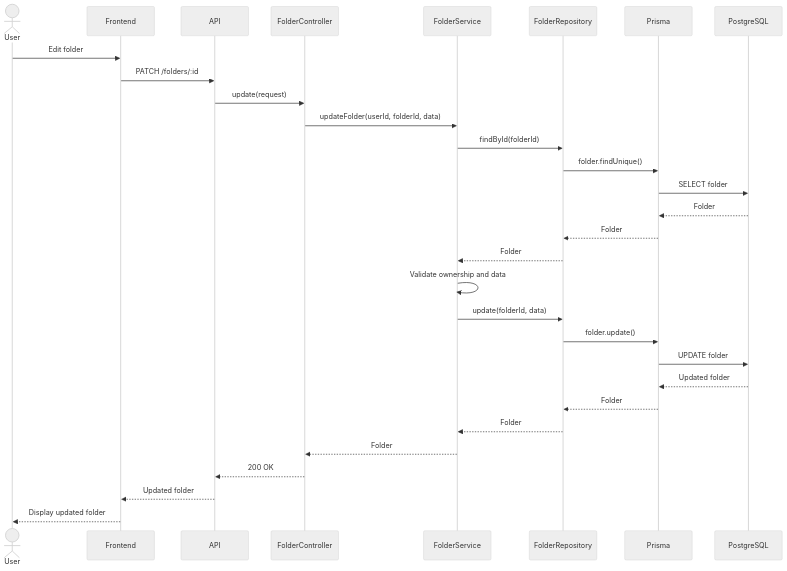
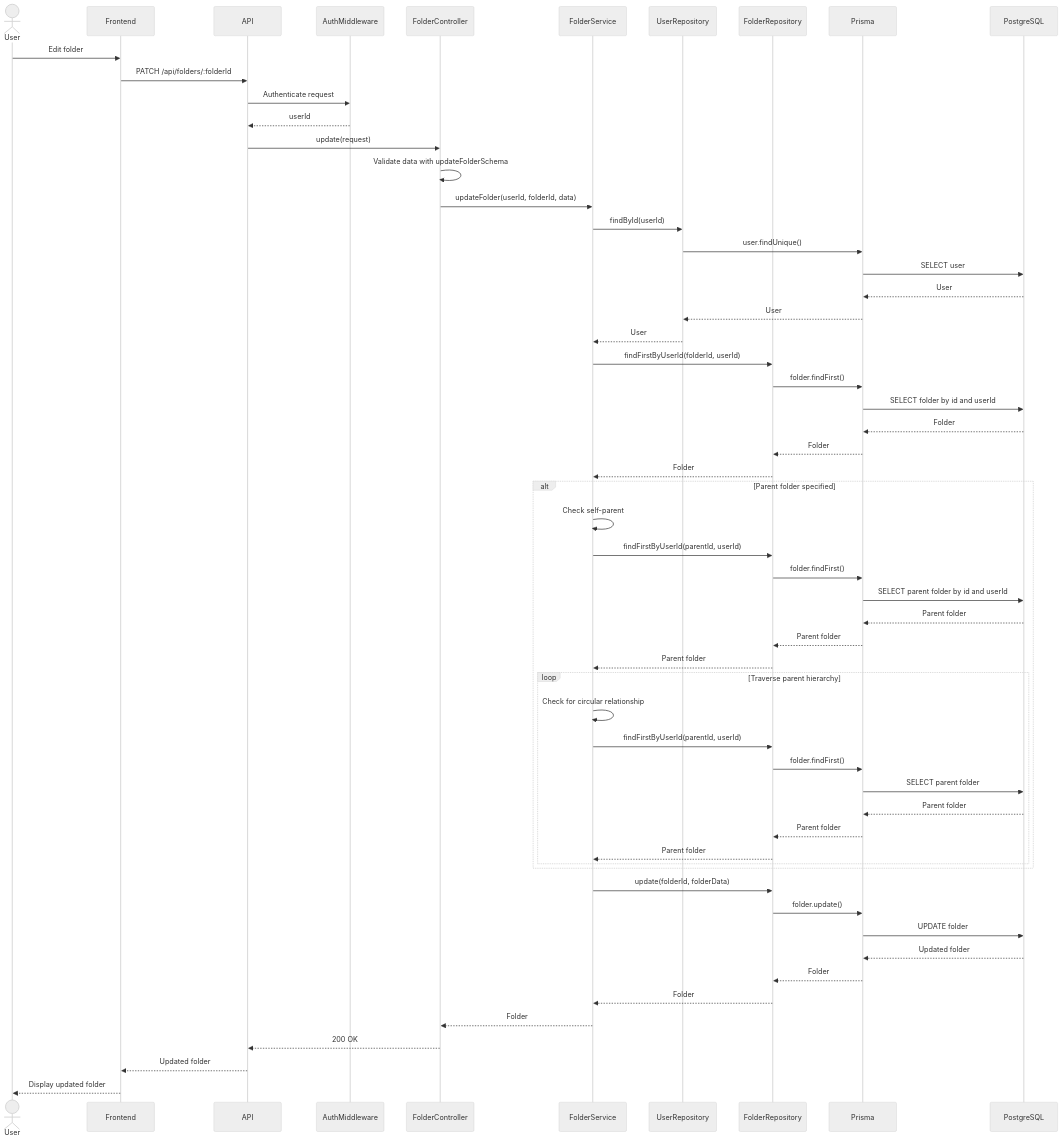
One commit to davihenriquedev1/prodixus changed the diagram in docs/diagrams/sequence-diagrams/folder/update.md. Above: the diagram before and after it, drawn with Mermaid (neutral theme). The commit also changed other lines of this file and 65 other files, not shown here.

````diff
--- a/docs/diagrams/sequence-diagrams/folder/update.md
+++ b/docs/diagrams/sequence-diagrams/folder/update.md
@@ -3,61 +3,66 @@
 ```mermaid
 sequenceDiagram
-
     actor User
-
     participant Frontend
-
     participant API
-
+    participant AuthMiddleware
     participant FolderController
-
     participant FolderService
-
+    participant UserRepository
     participant FolderRepository
-
     participant Prisma
-
     participant PostgreSQL
 
     User->>Frontend: Edit folder
-
-    Frontend->>API: PATCH /folders/:id
-
+    Frontend->>API: PATCH /api/folders/:folderId
+    API->>AuthMiddleware: Authenticate request
+    AuthMiddleware-->>API: userId
     API->>FolderController: update(request)
-
+    FolderController->>FolderController: Validate data with updateFolderSchema
     FolderController->>FolderService: updateFolder(userId, folderId, data)
 
-    FolderService->>FolderRepository: findById(folderId)
+    FolderService->>UserRepository: findById(userId)
+    UserRepository->>Prisma: user.findUnique()
+    Prisma->>PostgreSQL: SELECT user
+    PostgreSQL-->>Prisma: User
+    Prisma-->>UserRepository: User
+    UserRepository-->>FolderService: User
 
-    FolderRepository->>Prisma: folder.findUnique()
-
-    Prisma->>PostgreSQL: SELECT folder
-
+    FolderService->>FolderRepository: findFirstByUserId(folderId, userId)
+    FolderRepository->>Prisma: folder.findFirst()
+    Prisma->>PostgreSQL: SELECT folder by id and userId
     PostgreSQL-->>Prisma: Folder
-
     Prisma-->>FolderRepository: Folder
-
     FolderRepository-->>FolderService: Folder
 
-    FolderService->>FolderService: Validate ownership and data
+    alt Parent folder specified
+        FolderService->>FolderService: Check self-parent
+        FolderService->>FolderRepository: findFirstByUserId(parentId, userId)
+        FolderRepository->>Prisma: folder.findFirst()
+        Prisma->>PostgreSQL: SELECT parent folder by id and userId
+        PostgreSQL-->>Prisma: Parent folder
+        Prisma-->>FolderRepository: Parent folder
+        FolderRepository-->>FolderService: Parent folder
 
-    FolderService->>FolderRepository: update(folderId, data)
+        loop Traverse parent hierarchy
+            FolderService->>FolderService: Check for circular relationship
+            FolderService->>FolderRepository: findFirstByUserId(parentId, userId)
+            FolderRepository->>Prisma: folder.findFirst()
+            Prisma->>PostgreSQL: SELECT parent folder
+            PostgreSQL-->>Prisma: Parent folder
+            Prisma-->>FolderRepository: Parent folder
+            FolderRepository-->>FolderService: Parent folder
+        end
+    end
 
+    FolderService->>FolderRepository: update(folderId, folderData)
     FolderRepository->>Prisma: folder.update()
-
     Prisma->>PostgreSQL: UPDATE folder
-
     PostgreSQL-->>Prisma: Updated folder
-
     Prisma-->>FolderRepository: Folder
-
     FolderRepository-->>FolderService: Folder
-
     FolderService-->>FolderController: Folder
-
     FolderController-->>API: 200 OK
-
     API-->>Frontend: Updated folder
-
     Frontend-->>User: Display updated folder
 ```
````
